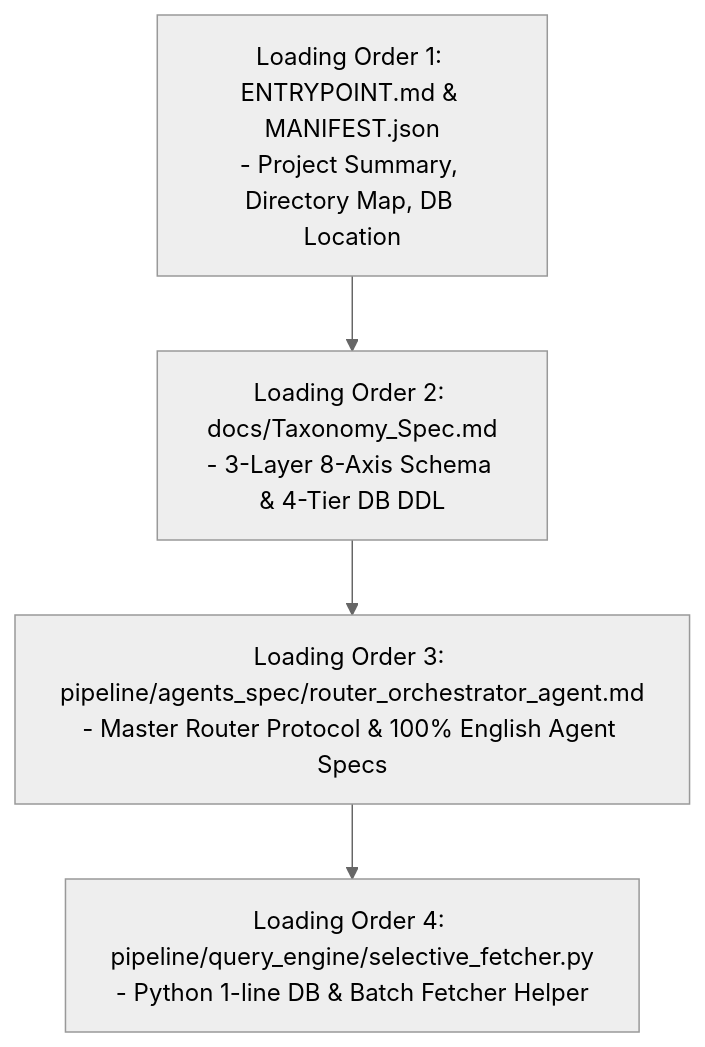
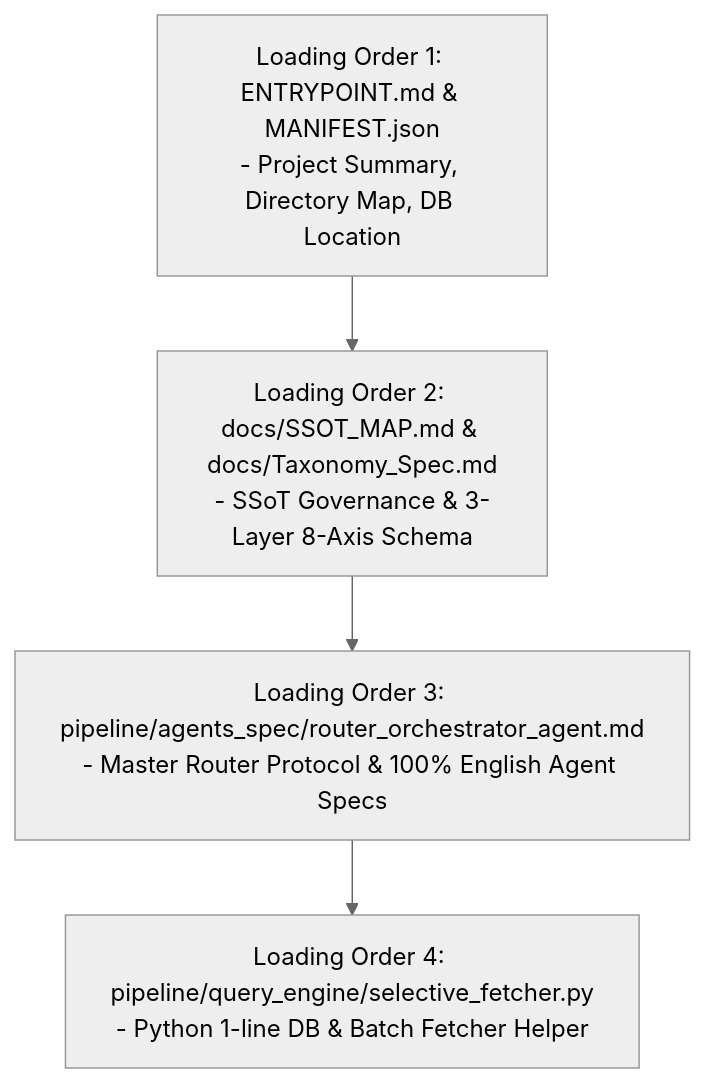
The diagram in ENTRYPOINT.md (park-kyungchan/kice-math-agent-infra), drawn with Mermaid (neutral theme) before and after one commit. The commit also changed other lines of this file and 14 other files, not shown here.

Commit message:
feat(governance): implement v2.8.0 SSoT docs, teacher review queue, DDL migration & claim provenance

````diff
--- a/ENTRYPOINT.md
+++ b/ENTRYPOINT.md
@@ -18,6 +18,6 @@
 ```mermaid
 graph TD
-    LO1["Loading Order 1: ENTRYPOINT.md & MANIFEST.json<br/>- Project Summary, Directory Map, DB Location"] --> LO2["Loading Order 2: docs/Taxonomy_Spec.md<br/>- 3-Layer 8-Axis Schema & 4-Tier DB DDL"]
+    LO1["Loading Order 1: ENTRYPOINT.md & MANIFEST.json<br/>- Project Summary, Directory Map, DB Location"] --> LO2["Loading Order 2: docs/SSOT_MAP.md & docs/Taxonomy_Spec.md<br/>- SSoT Governance & 3-Layer 8-Axis Schema"]
     LO2 --> LO3["Loading Order 3: pipeline/agents_spec/router_orchestrator_agent.md<br/>- Master Router Protocol & 100% English Agent Specs"]
     LO3 --> LO4["Loading Order 4: pipeline/query_engine/selective_fetcher.py<br/>- Python 1-line DB & Batch Fetcher Helper"]
 ```
````
